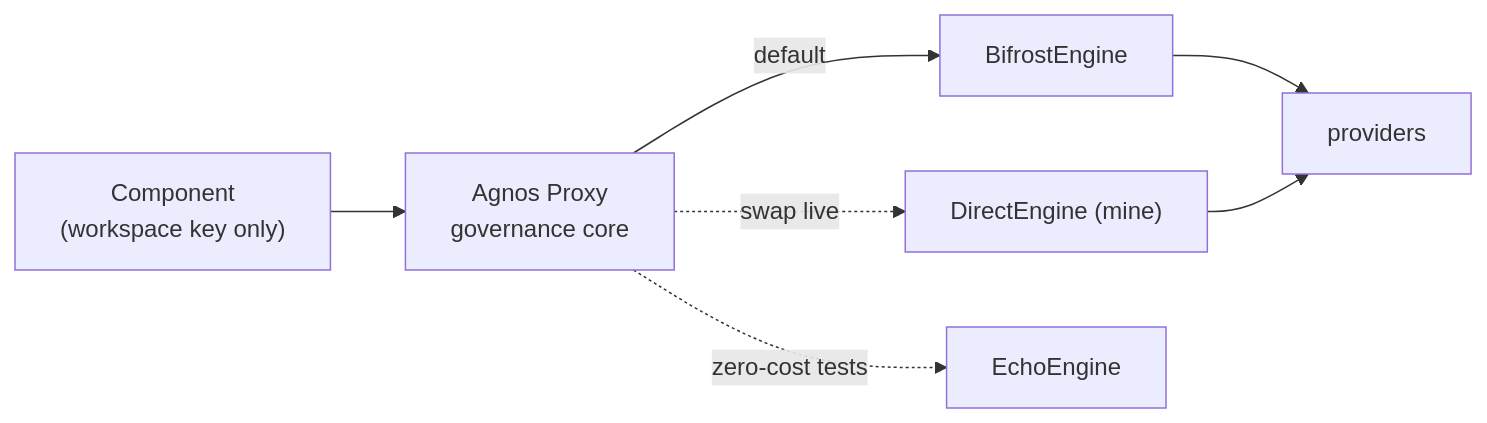
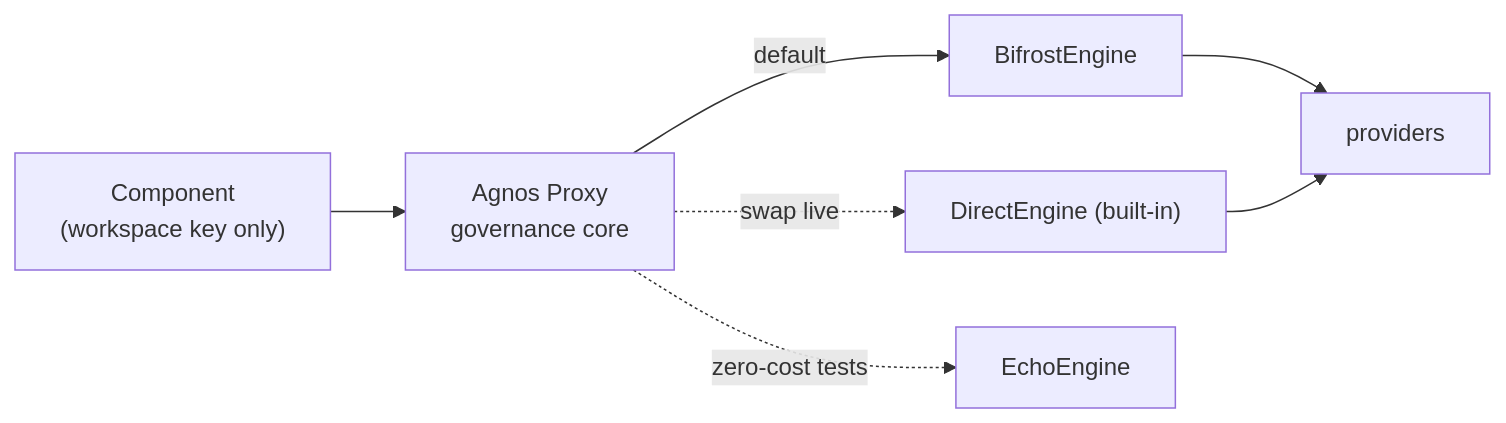
The sixth of 7 diagrams in ARCHITECTURE.md (siva010928/agnos-proxy-oss), drawn with Mermaid before and after one commit. The commit also changed other lines of this file and 11 other files, not shown here.

````diff
--- a/ARCHITECTURE.md
+++ b/ARCHITECTURE.md
@@ -150,9 +150,9 @@
 ```mermaid
 flowchart LR
   comp["Component<br/>(workspace key only)"] --> gw["Agnos Proxy<br/>governance core"]
   gw -->|default| bif["BifrostEngine"]
-  gw -. swap live .-> dir["DirectEngine (mine)"]
+  gw -. swap live .-> dir["DirectEngine (built-in)"]
   gw -. zero-cost tests .-> echo["EchoEngine"]
   bif --> prov["providers"]
   dir --> prov
 ```
````
